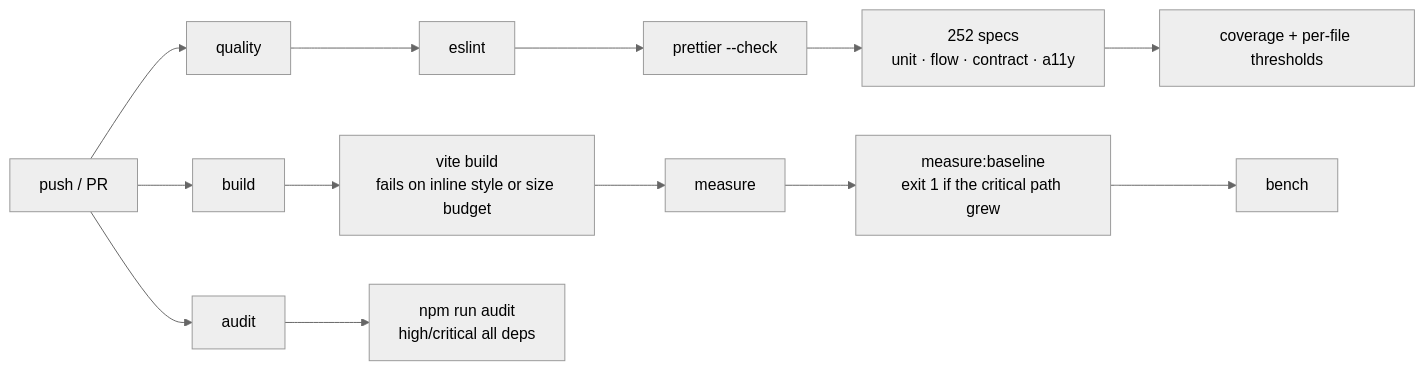
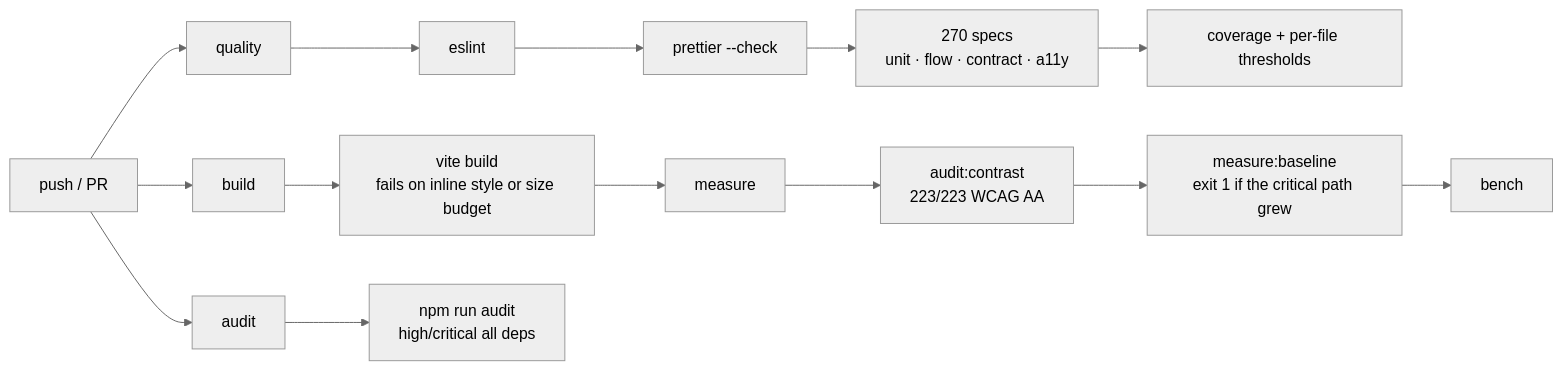
Before and after one commit to YASLOGIST/urlf-up: diagram 11 of 11 in README.md, drawn with Mermaid (neutral theme). The commit also changed other lines of this file and 2 other files, not shown here.

````diff
--- a/README.md
+++ b/README.md
@@ -784,9 +784,9 @@
 ```mermaid
 graph LR
   P["push / PR"] --> Q["quality"]
   P --> B["build"]
   P --> D["audit"]
-  Q --> Q1["eslint"] --> Q2["prettier --check"] --> Q3["252 specs<br/>unit · flow · contract · a11y"] --> Q4["coverage + per-file thresholds"]
-  B --> B1["vite build<br/>fails on inline style or size budget"] --> B2["measure"] --> B3["measure:baseline<br/>exit 1 if the critical path grew"] --> B4["bench"]
+  Q --> Q1["eslint"] --> Q2["prettier --check"] --> Q3["270 specs<br/>unit · flow · contract · a11y"] --> Q4["coverage + per-file thresholds"]
+  B --> B1["vite build<br/>fails on inline style or size budget"] --> B2["measure"] --> B3["audit:contrast<br/>223/223 WCAG AA"] --> B4["measure:baseline<br/>exit 1 if the critical path grew"] --> B5["bench"]
   D --> D1["npm run audit<br/>high/critical all deps"]
 ```
````
